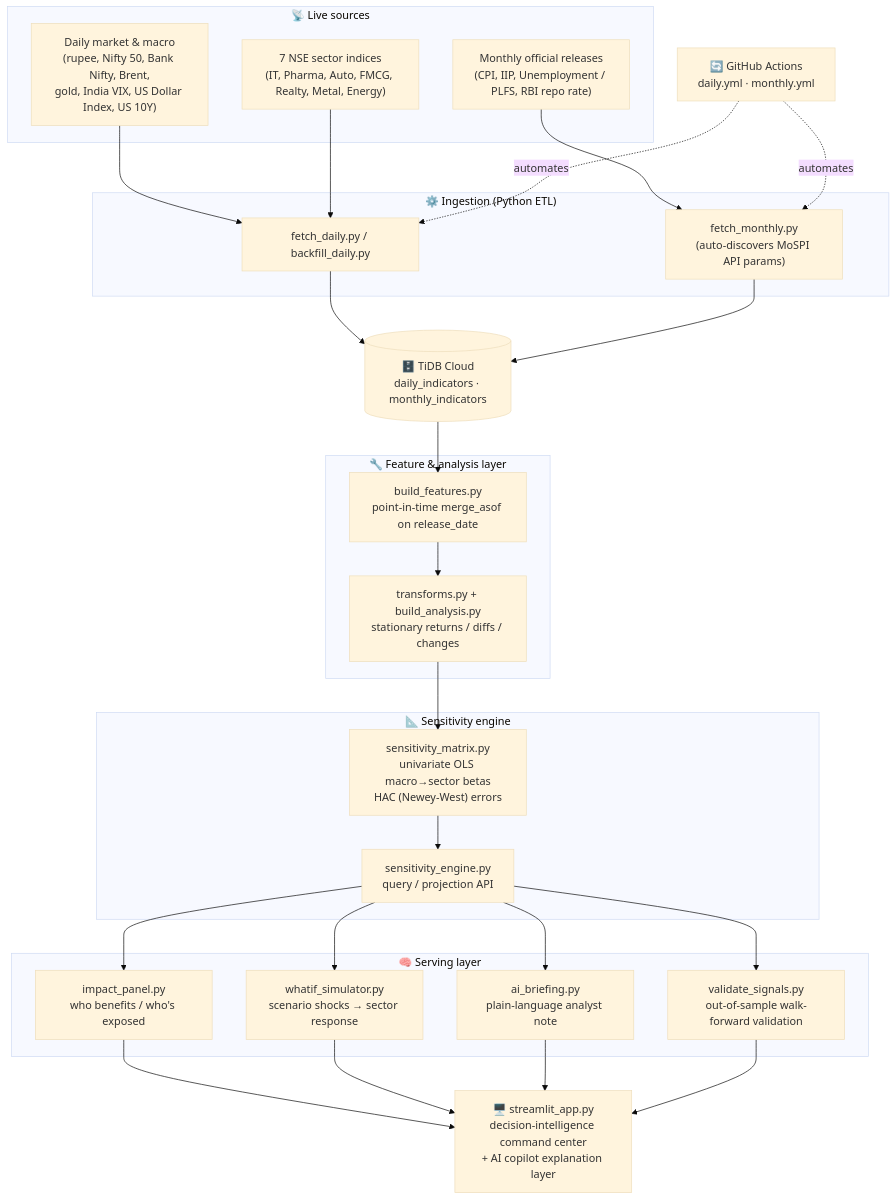
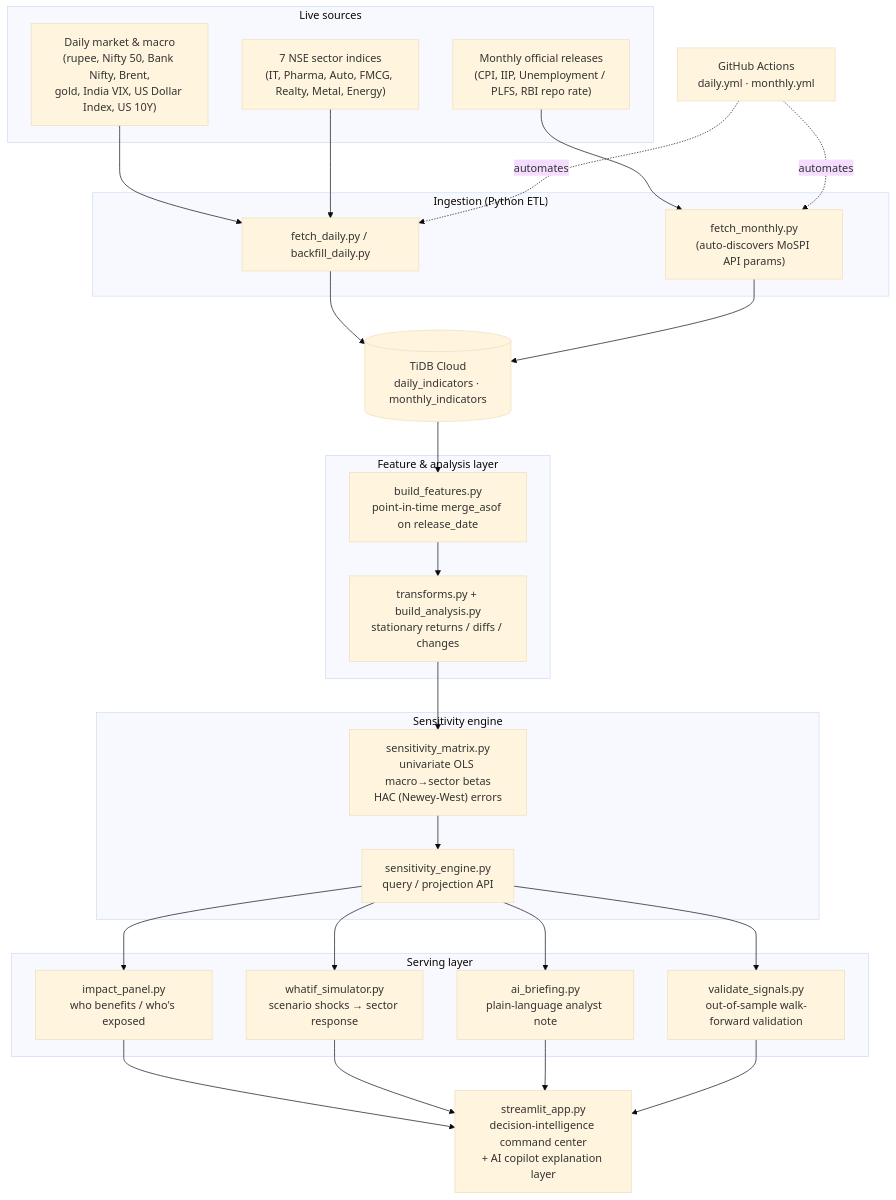
One commit to garima-nandal17/MacroPulse-India changed the diagram in README.md. Above: the diagram before and after it, drawn with Mermaid (base theme). The commit also changed other lines of this file, not shown here.

````diff
--- a/README.md
+++ b/README.md
@@ -73,44 +73,44 @@
 ```mermaid
 flowchart TD
-    subgraph SRC["📡 Live sources"]
+    subgraph SRC["Live sources"]
         A1["Daily market & macro<br/>(rupee, Nifty 50, Bank Nifty, Brent,<br/>gold, India VIX, US Dollar Index, US 10Y)"]
         A2["Monthly official releases<br/>(CPI, IIP, Unemployment / PLFS, RBI repo rate)"]
         A3["7 NSE sector indices<br/>(IT, Pharma, Auto, FMCG, Realty, Metal, Energy)"]
     end
 
-    subgraph ING["⚙️ Ingestion (Python ETL)"]
+    subgraph ING["Ingestion (Python ETL)"]
         B1["fetch_daily.py / backfill_daily.py"]
         B2["fetch_monthly.py<br/>(auto-discovers MoSPI API params)"]
     end
 
-    DB[("🗄️ TiDB Cloud<br/>daily_indicators · monthly_indicators")]
+    DB[("TiDB Cloud<br/>daily_indicators · monthly_indicators")]
 
-    subgraph FEAT["🔧 Feature & analysis layer"]
+    subgraph FEAT["Feature & analysis layer"]
         C1["build_features.py<br/>point-in-time merge_asof on release_date"]
         C2["transforms.py + build_analysis.py<br/>stationary returns / diffs / changes"]
     end
 
-    subgraph MODEL["📐 Sensitivity engine"]
+    subgraph MODEL["Sensitivity engine"]
         D1["sensitivity_matrix.py<br/>univariate OLS macro→sector betas<br/>HAC (Newey-West) errors"]
         D2["sensitivity_engine.py<br/>query / projection API"]
     end
 
-    subgraph SERVE["🧠 Serving layer"]
+    subgraph SERVE["Serving layer"]
         E1["impact_panel.py<br/>who benefits / who's exposed"]
         E2["whatif_simulator.py<br/>scenario shocks → sector response"]
         E3["ai_briefing.py<br/>plain-language analyst note"]
         E4["validate_signals.py<br/>out-of-sample walk-forward validation"]
     end
 
-    UI["🖥️ streamlit_app.py<br/>decision-intelligence command center<br/>+ AI copilot explanation layer"]
+    UI[" streamlit_app.py<br/>decision-intelligence command center<br/>+ AI copilot explanation layer"]
 
-    CI["🔄 GitHub Actions<br/>daily.yml · monthly.yml"]
+    CI[" GitHub Actions<br/>daily.yml · monthly.yml"]
 
     A1 & A3 --> B1
     A2 --> B2
     B1 & B2 --> DB
     DB --> C1 --> C2 --> D1 --> D2
     D2 --> E1 & E2 & E3 & E4
     E1 & E2 & E3 & E4 --> UI
     CI -.automates.-> B1 & B2
 ```
````
